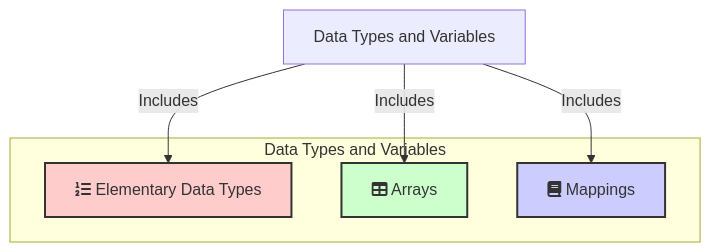
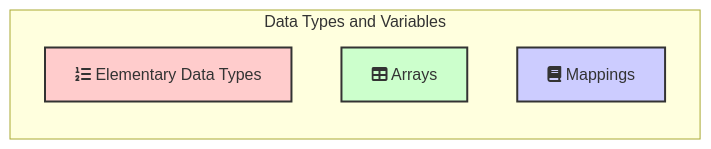
Before and after one commit to kelvin-bz/blog: the second of 16 diagrams in _posts/2024-07-07-introduction-to-solidity.md, drawn with Mermaid. The commit also changed other lines of this file, not shown here.

````diff
--- a/_posts/2024-07-07-introduction-to-solidity.md
+++ b/_posts/2024-07-07-introduction-to-solidity.md
@@ -93,25 +93,21 @@
 ```mermaid
-graph TB
-    dataTypes["Data Types and Variables"]
+graph LR
     elementaryTypes["fa:fa-list-ol Elementary Data Types"]
     arrays["fa:fa-table Arrays"]
     mappings["fa:fa-book Mappings"]
 
-    dataTypes -->|Includes| elementaryTypes
-    dataTypes -->|Includes| arrays
-    dataTypes -->|Includes| mappings
 
     subgraph dataTypesStructure["Data Types and Variables"]
         elementaryTypes
         arrays
         mappings
     end
 
     classDef elementary fill:#ffcccc,stroke:#333,stroke-width:2px;
     classDef array fill:#ccffcc,stroke:#333,stroke-width:2px;
     classDef mapping fill:#ccccff,stroke:#333,stroke-width:2px;
 
     elementaryTypes:::elementary
     arrays:::array
     mappings:::mapping
 ```
````
